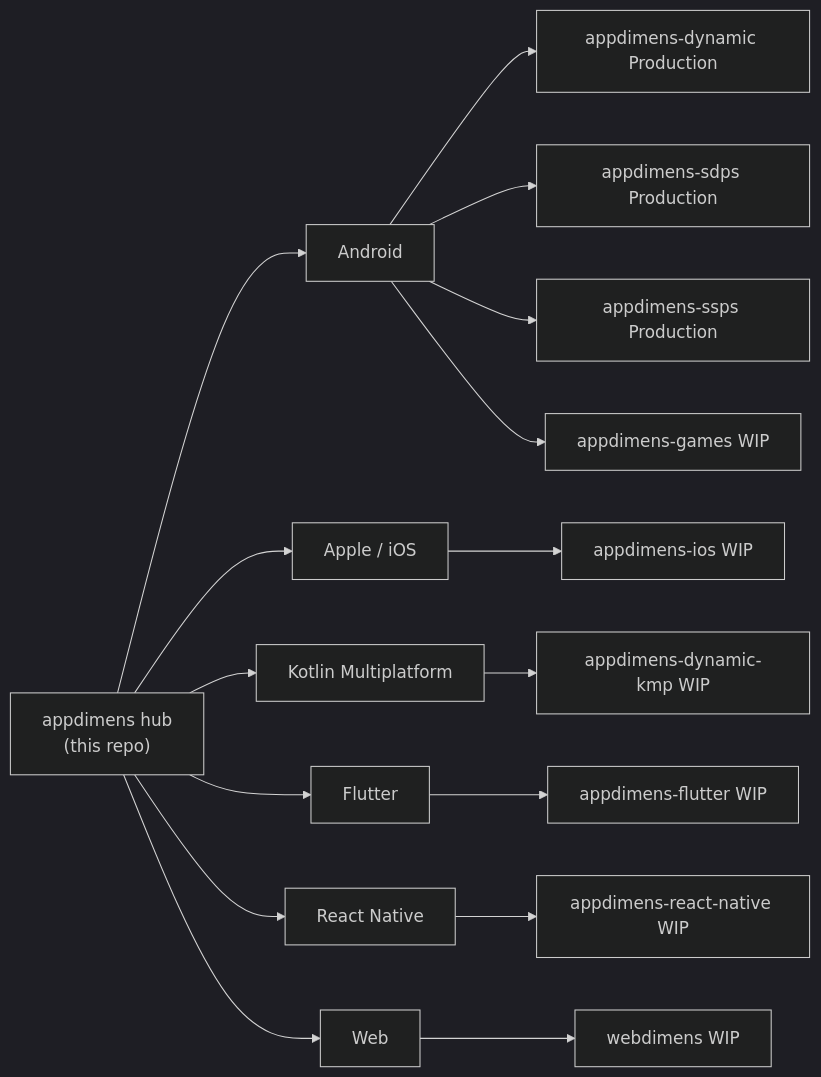
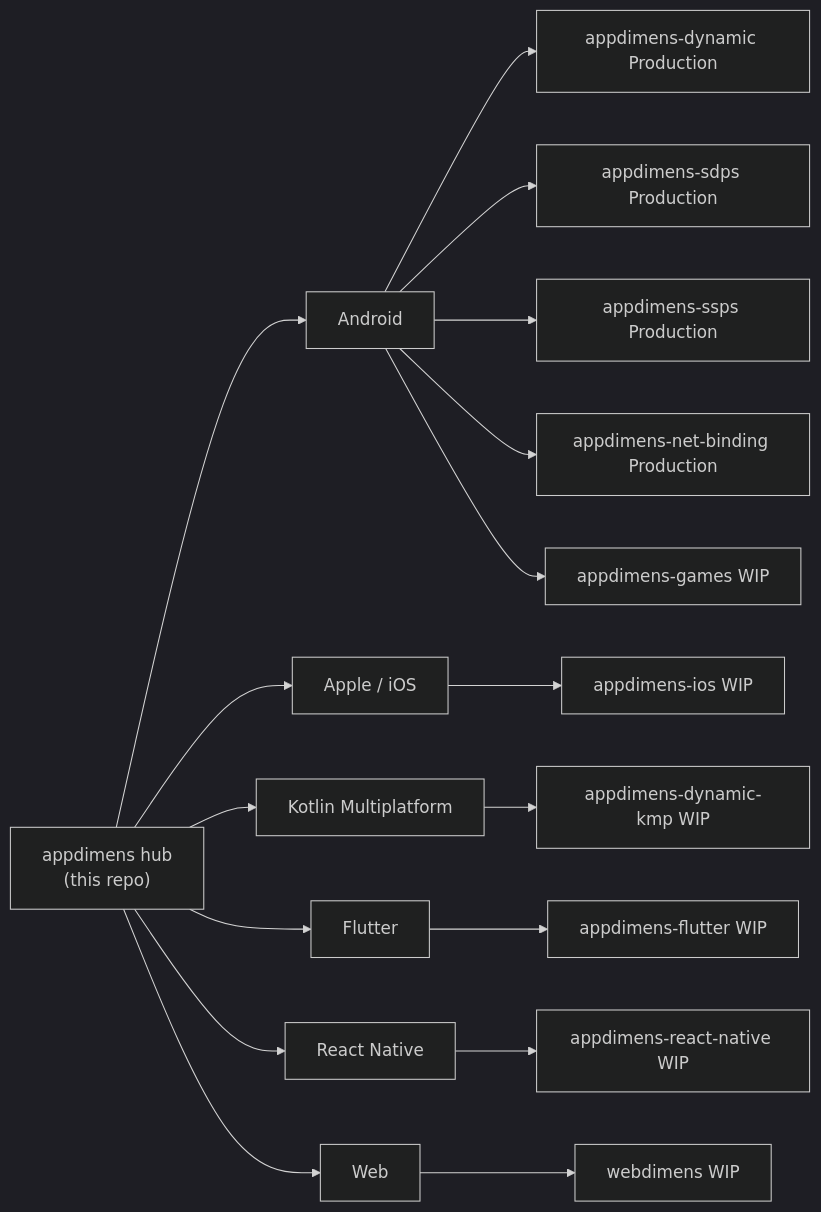
The second of 2 diagrams in README.md (bodenberg/appdimens), drawn with Mermaid (dark theme) before and after one commit. The commit also changed other lines of this file, not shown here.

````diff
--- a/README.md
+++ b/README.md
@@ -353,19 +390,20 @@
 ```mermaid
 flowchart LR
   Hub["appdimens hub<br/>(this repo)"]
   Hub --> AndroidGroup["Android"]
   Hub --> Apple["Apple / iOS"]
   Hub --> KMP["Kotlin Multiplatform"]
   Hub --> Flutter
   Hub --> RN["React Native"]
   Hub --> Web
   AndroidGroup --> dyn["appdimens-dynamic Production"]
   AndroidGroup --> sdps["appdimens-sdps Production"]
   AndroidGroup --> ssps["appdimens-ssps Production"]
+  AndroidGroup --> dotnet["appdimens-net-binding Production"]
   AndroidGroup --> games["appdimens-games WIP"]
   Apple --> ios["appdimens-ios WIP"]
   KMP --> kmpArtifact["appdimens-dynamic-kmp WIP"]
   Flutter --> flu["appdimens-flutter WIP"]
   RN --> rn["appdimens-react-native WIP"]
   Web --> webdimens["webdimens WIP"]
 ```
````
